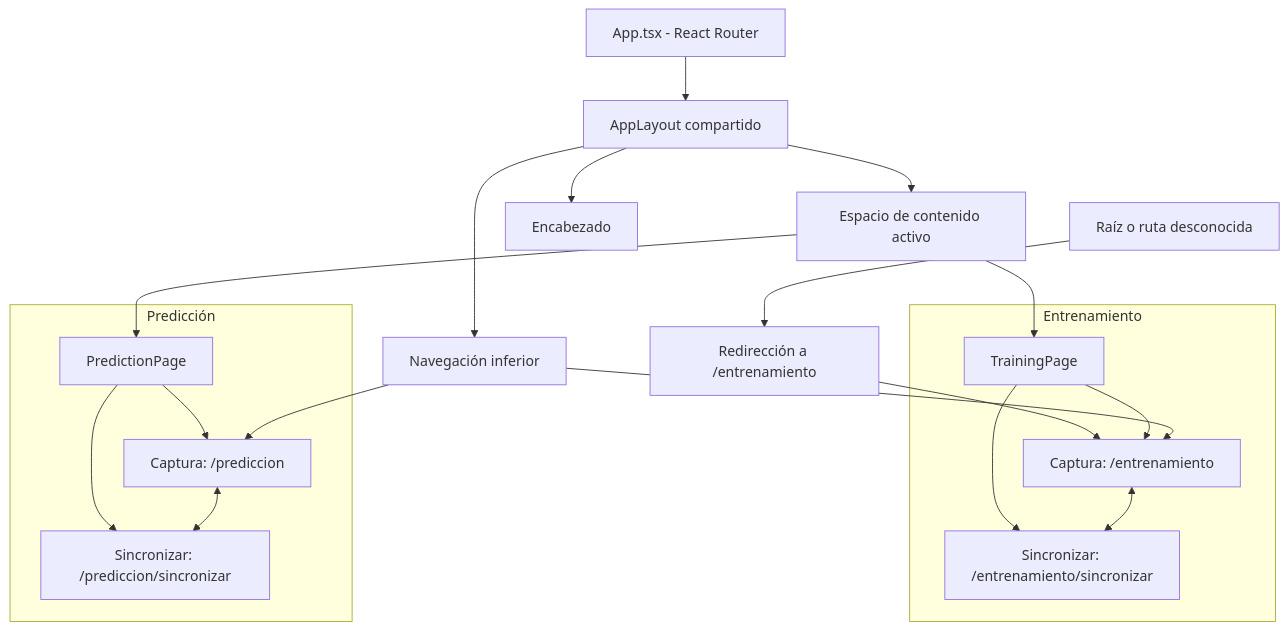
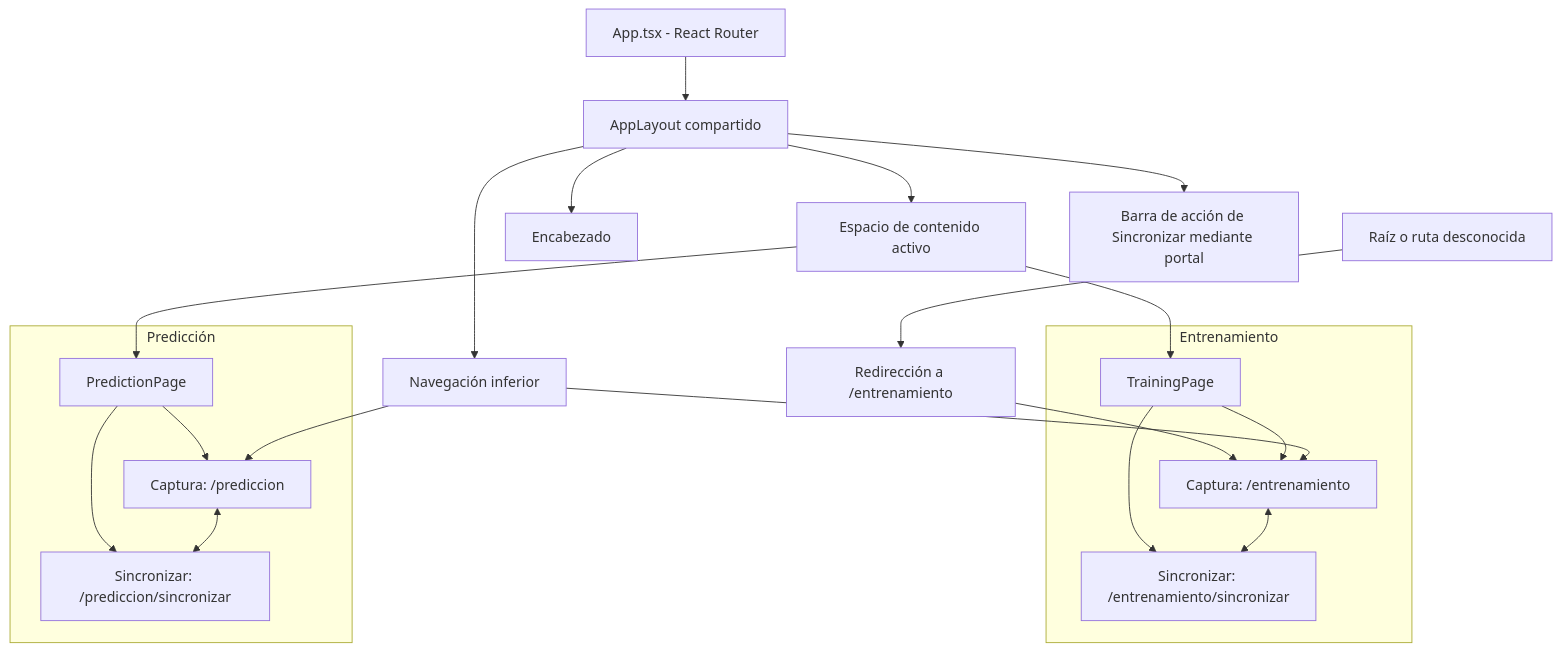
One commit to JoseAngel-U1/ml-sensores-frontend changed the diagram in docs/UI_ARCHITECTURE.md. Above: the diagram before and after it, drawn with Mermaid. The commit also changed other lines of this file and 6 other files, not shown here.

````diff
--- a/docs/UI_ARCHITECTURE.md
+++ b/docs/UI_ARCHITECTURE.md
@@ -49,23 +55,24 @@
 ```mermaid
 flowchart TD
     App[App.tsx - React Router] --> Layout[AppLayout compartido]
     Unknown[Raíz o ruta desconocida] --> Redirect[Redirección a /entrenamiento]
     Redirect --> TC
     Layout --> Header[Encabezado]
     Layout --> Content[Espacio de contenido activo]
     Layout --> Nav[Navegación inferior]
+    Layout --> Action[Barra de acción de Sincronizar mediante portal]
     Content --> Training[TrainingPage]
     Content --> Prediction[PredictionPage]
     subgraph Entrenamiento
         Training --> TC["Captura: /entrenamiento"]
         Training --> TS["Sincronizar: /entrenamiento/sincronizar"]
         TC <--> TS
     end
     subgraph Prediccion[Predicción]
         Prediction --> PC["Captura: /prediccion"]
         Prediction --> PS["Sincronizar: /prediccion/sincronizar"]
         PC <--> PS
     end
     Nav --> TC
     Nav --> PC
 ```
````
